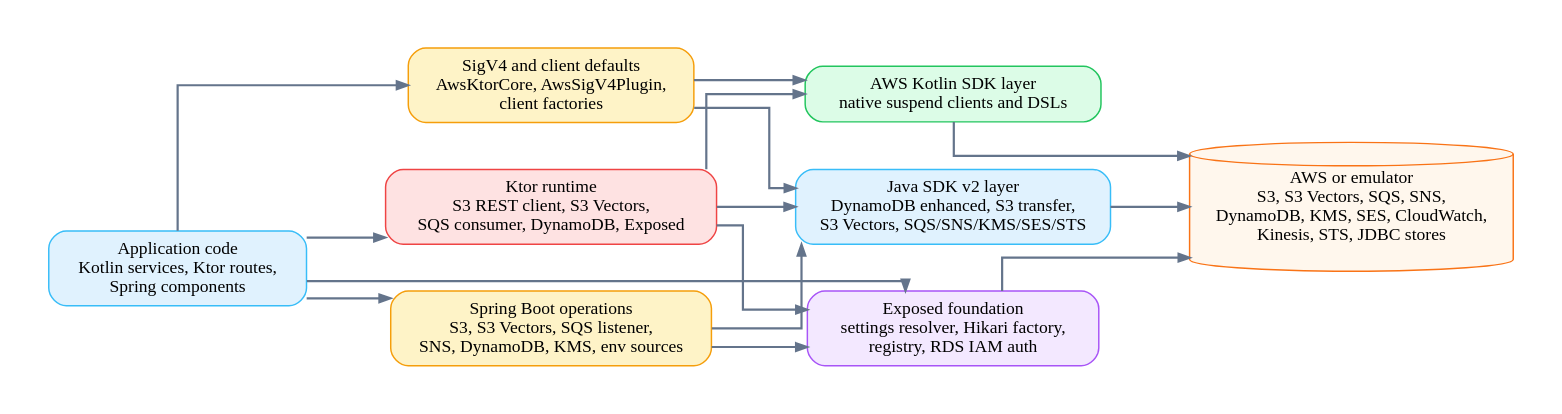
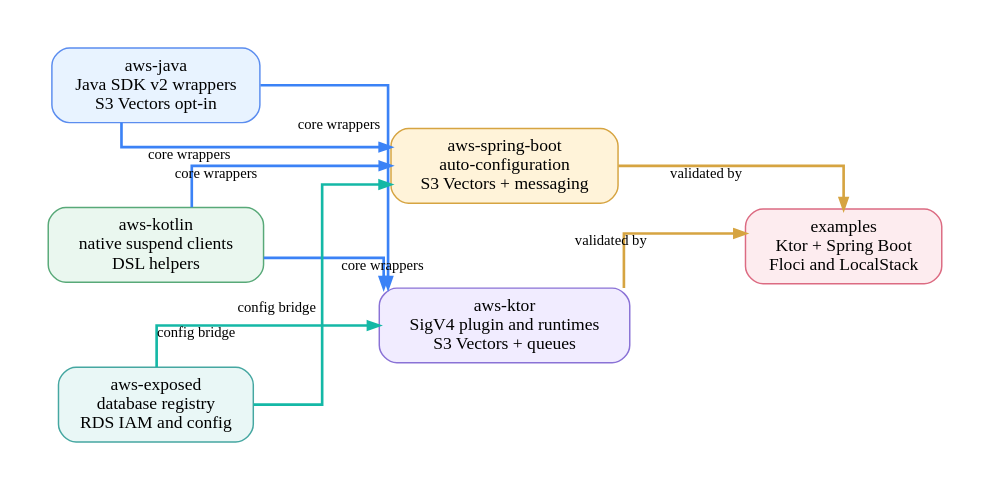
Before and after one commit to bluetape4k/bluetape4k-aws: the diagram in docs/assets/readme-diagrams/bluetape4k-aws-components-04.dot, drawn with Graphviz. The commit also changed 16 other files, not shown here.

```diff
--- a/docs/assets/readme-diagrams/bluetape4k-aws-components-04.dot
+++ b/docs/assets/readme-diagrams/bluetape4k-aws-components-04.dot
@@ -1,29 +1,21 @@
 digraph Bluetape4kAwsComponents {
-  graph [rankdir=LR, bgcolor="#ffffff", pad=0.35, nodesep=0.45, ranksep=0.75, splines=ortho]
+  graph [rankdir=LR, bgcolor="#ffffff", pad=0.35, nodesep=0.8, ranksep=1.1, splines=ortho]
   node [shape=box, style="rounded,filled", fontname="Architects Daughter", fontsize=12, margin="0.14,0.09", color="#94a3b8", fillcolor="#f8fafc"]
-  edge [fontname="Comic Mono", fontsize=10, color="#64748b", penwidth=1.5, arrowsize=0.75]
+  edge [fontname="Comic Mono", fontsize=10, penwidth=1.8, arrowsize=0.75]
 
-  app [label="Application code\nKotlin services, Ktor routes,\nSpring components", fillcolor="#e0f2fe", color="#38bdf8"]
-  sigv4 [label="SigV4 and client defaults\nAwsKtorCore, AwsSigV4Plugin,\nclient factories", fillcolor="#fef3c7", color="#f59e0b"]
-  java [label="Java SDK v2 layer\nDynamoDB enhanced, S3 transfer,\nS3 Vectors, SQS/SNS/KMS/SES/STS", fillcolor="#e0f2fe", color="#38bdf8"]
-  kotlin [label="AWS Kotlin SDK layer\nnative suspend clients and DSLs", fillcolor="#dcfce7", color="#22c55e"]
-  exposed [label="Exposed foundation\nsettings resolver, Hikari factory,\nregistry, RDS IAM auth", fillcolor="#f3e8ff", color="#a855f7"]
-  spring [label="Spring Boot operations\nS3, S3 Vectors, SQS listener,\nSNS, DynamoDB, KMS, env sources", fillcolor="#fef3c7", color="#f59e0b"]
-  ktor [label="Ktor runtime\nS3 REST client, S3 Vectors,\nSQS consumer, DynamoDB, Exposed", fillcolor="#fee2e2", color="#ef4444"]
-  services [label="AWS or emulator\nS3, S3 Vectors, SQS, SNS,\nDynamoDB, KMS, SES, CloudWatch,\nKinesis, STS, JDBC stores", shape=cylinder, fillcolor="#fff7ed", color="#f97316"]
+  java [label="aws-java\nJava SDK v2 wrappers\nS3 Vectors opt-in", fillcolor="#E8F3FF", color="#5B8DEF"]
+  kotlin [label="aws-kotlin\nnative suspend clients\nDSL helpers", fillcolor="#EAF7EF", color="#58A978"]
+  exposed [label="aws-exposed\ndatabase registry\nRDS IAM and config", fillcolor="#E9F7F6", color="#45A7A1"]
+  spring [label="aws-spring-boot\nauto-configuration\nS3 Vectors + messaging", fillcolor="#FFF3D9", color="#D6A441"]
+  ktor [label="aws-ktor\nSigV4 plugin and runtimes\nS3 Vectors + queues", fillcolor="#F1ECFF", color="#8A72D6"]
+  examples [label="examples\nKtor + Spring Boot\nFloci and LocalStack", fillcolor="#FDECEF", color="#DC6B82"]
 
-  app -> sigv4
-  app -> spring
-  app -> ktor
-  app -> exposed
-  sigv4 -> java
-  sigv4 -> kotlin
-  spring -> java
-  spring -> exposed
-  ktor -> java
-  ktor -> kotlin
-  ktor -> exposed
-  java -> services
-  kotlin -> services
-  exposed -> services
+  java -> spring [color="#3B82F6", xlabel="core wrappers"]
+  java -> ktor [color="#3B82F6", xlabel="core wrappers"]
+  kotlin -> spring [color="#3B82F6", xlabel="core wrappers"]
+  kotlin -> ktor [color="#3B82F6", xlabel="core wrappers"]
+  exposed -> spring [color="#14B8A6", xlabel="config bridge"]
+  exposed -> ktor [color="#14B8A6", xlabel="config bridge"]
+  spring -> examples [color="#D6A441", xlabel="validated by"]
+  ktor -> examples [color="#D6A441", xlabel="validated by"]
 }
```
